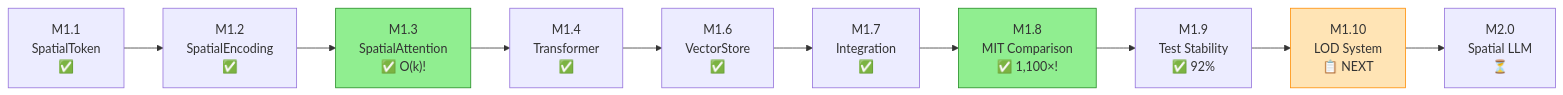
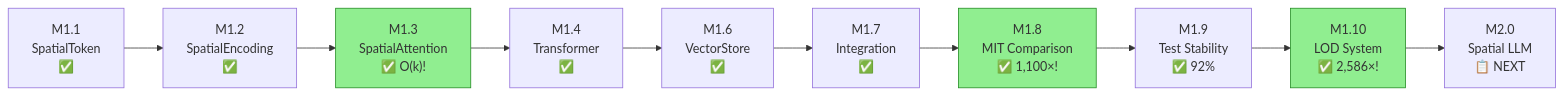
One commit to ch1pu/infinate changed the diagram in docs/milestones/README.md. Above: the diagram before and after it, drawn with Mermaid. The commit also changed other lines of this file and 15 other files, not shown here.

First line of the commit message:
feat(m1.10): implement Hierarchical LOD System - 2,586× faster than MIT RLM

````diff
--- a/docs/milestones/README.md
+++ b/docs/milestones/README.md
@@ -100,16 +108,16 @@
 ```mermaid
 graph LR
     M1["M1.1<br/>SpatialToken<br/>✅"] --> M2["M1.2<br/>SpatialEncoding<br/>✅"]
     M2 --> M3["M1.3<br/>SpatialAttention<br/>✅ O(k)!"]
     M3 --> M4["M1.4<br/>Transformer<br/>✅"]
     M4 --> M6["M1.6<br/>VectorStore<br/>✅"]
     M6 --> M7["M1.7<br/>Integration<br/>✅"]
     M7 --> M8["M1.8<br/>MIT Comparison<br/>✅ 1,100×!"]
     M8 --> M9["M1.9<br/>Test Stability<br/>✅ 92%"]
-    M9 --> M10["M1.10<br/>LOD System<br/>📋 NEXT"]
-    M10 --> M20["M2.0<br/>Spatial LLM<br/>⏳"]
+    M9 --> M10["M1.10<br/>LOD System<br/>✅ 2,586×!"]
+    M10 --> M20["M2.0<br/>Spatial LLM<br/>📋 NEXT"]
 
     style M3 fill:#90EE90,stroke:#228B22
     style M8 fill:#90EE90,stroke:#228B22
-    style M10 fill:#FFE4B5,stroke:#FF8C00
+    style M10 fill:#90EE90,stroke:#228B22
 ```
````
